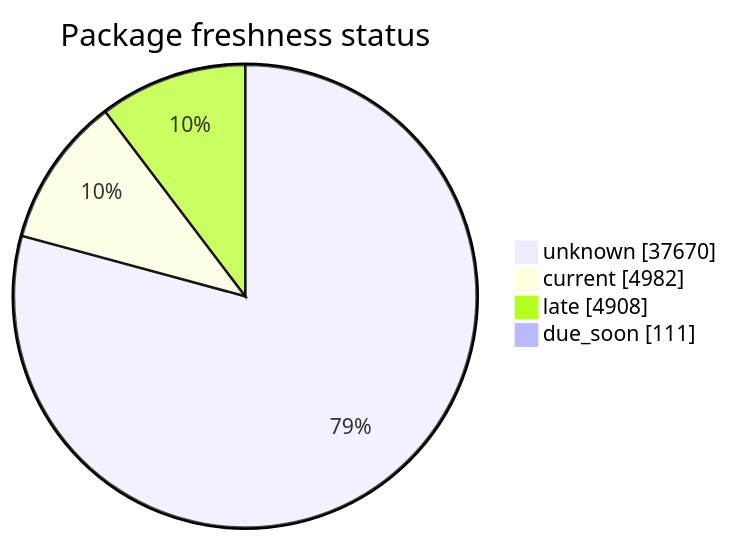
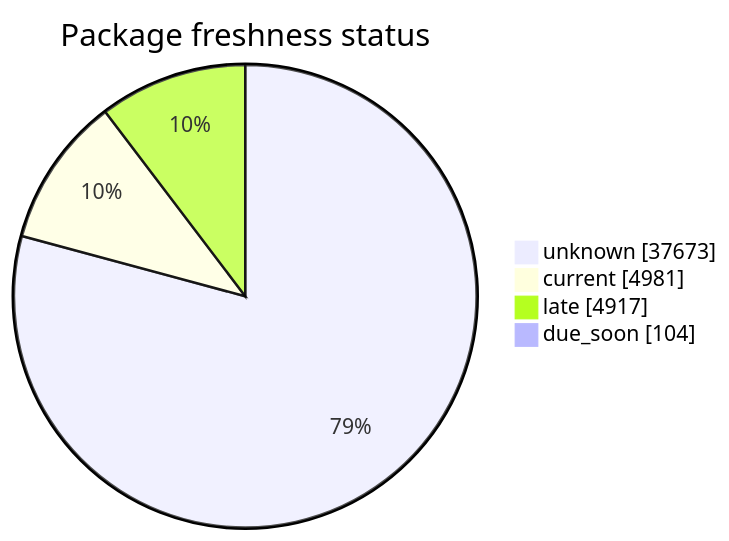
One commit to open-data/analytics-corporate-reporting changed the second of 5 diagrams in FreshCheck/README.md. Above: the diagram before and after it, drawn with Mermaid. The commit also changed other lines of this file and 3 other files, not shown here.

````diff
--- a/FreshCheck/README.md
+++ b/FreshCheck/README.md
@@ -68,7 +68,7 @@
 ```mermaid
 pie showData title Package freshness status
-    "unknown": 37670
-    "current": 4982
-    "late": 4908
-    "due_soon": 111
+    "unknown": 37673
+    "current": 4981
+    "late": 4917
+    "due_soon": 104
 ```
````
